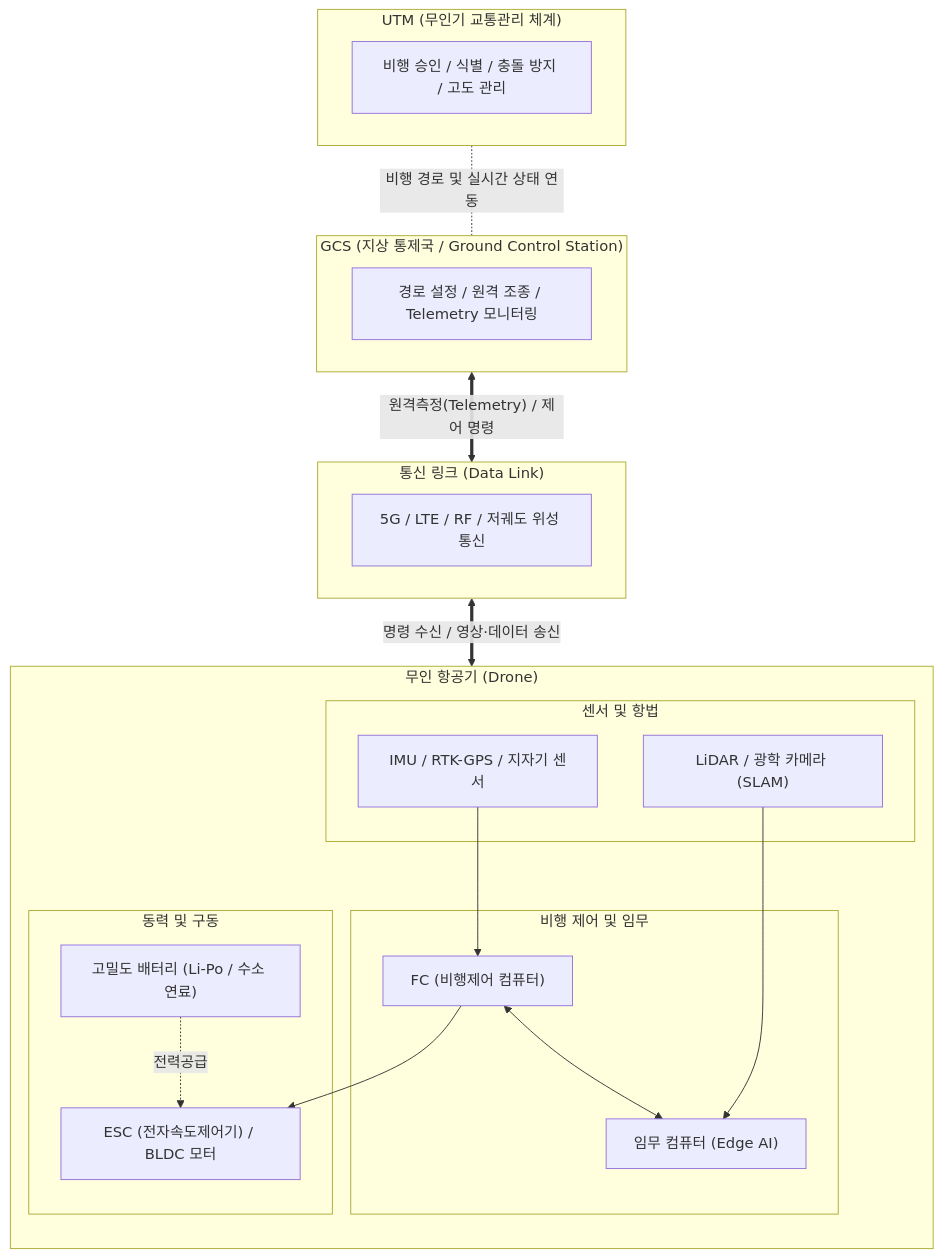
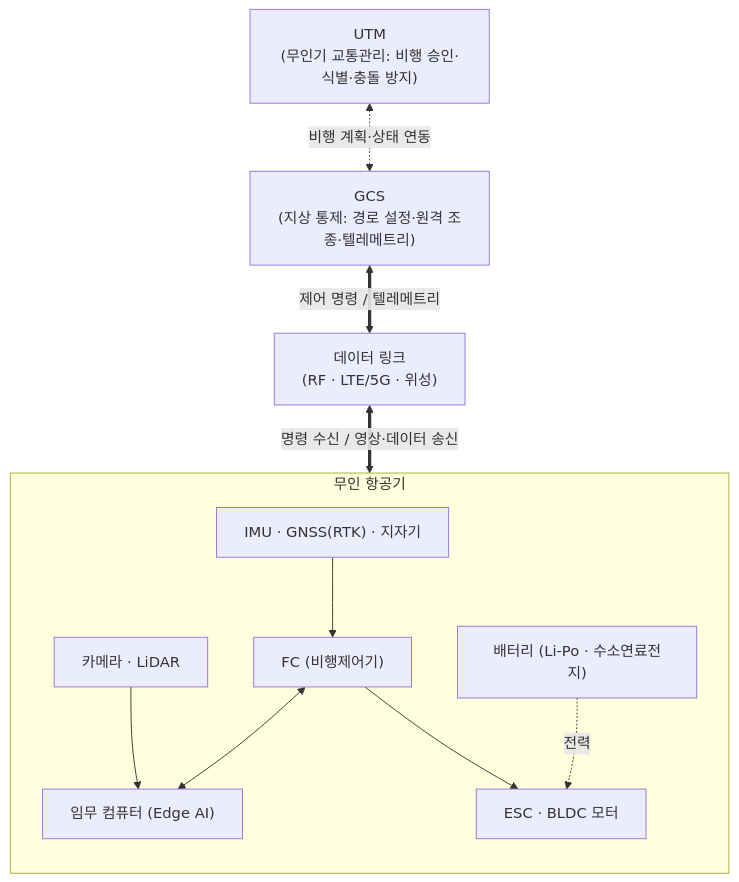
Before and after one commit to supremethumb/supremethumb.github.io: the diagram in content/01_IT Tech/드론.md, drawn with Mermaid. The commit also changed other lines of this file and 1087 other files, not shown here.

````diff
--- a/content/01_IT Tech/드론.md
+++ b/content/01_IT Tech/드론.md
@@ -23,41 +36,19 @@
 ```mermaid
 flowchart TB
-    subgraph UTM["UTM (무인기 교통관리 체계)"]
-        T_Mgmt["비행 승인 / 식별 / 충돌 방지 / 고도 관리"]
+    UTM["UTM<br/>(무인기 교통관리: 비행 승인·식별·충돌 방지)"]
+    GCS["GCS<br/>(지상 통제: 경로 설정·원격 조종·텔레메트리)"]
+    Link["데이터 링크<br/>(RF · LTE/5G · 위성)"]
+
+    subgraph UAV["무인 항공기"]
+        direction TB
+        Sensors["IMU · GNSS(RTK) · 지자기"] --> FC["FC (비행제어기)"]
+        Vision["카메라 · LiDAR"] --> Mission["임무 컴퓨터 (Edge AI)"]
+        FC <--> Mission
+        FC --> Actuator["ESC · BLDC 모터"]
+        Battery["배터리 (Li-Po · 수소연료전지)"] -.->|"전력"| Actuator
     end
-    
-    subgraph GCS["GCS (지상 통제국 / Ground Control Station)"]
-        Control["경로 설정 / 원격 조종 / Telemetry 모니터링"]
-    end
-    
-    subgraph Comm["통신 링크 (Data Link)"]
-        RF["5G / LTE / RF / 저궤도 위성 통신"]
-    end
-    
-    subgraph UAV["무인 항공기 (Drone)"]
-        direction TB
-        subgraph 두뇌["비행 제어 및 임무"]
-            FC["FC (비행제어 컴퓨터)"]
-            Mission["임무 컴퓨터 (Edge AI)"]
-        end
-        subgraph 감각["센서 및 항법"]
-            Sensors["IMU / RTK-GPS / 지자기 센서"]
-            Vision["LiDAR / 광학 카메라 (SLAM)"]
-        end
-        subgraph 구동["동력 및 구동"]
-            Actuator["ESC (전자속도제어기) / BLDC 모터"]
-            Battery["고밀도 배터리 (Li-Po / 수소 연료)"]
-        end
-        
-        Sensors --> FC
-        Vision --> Mission
-        FC <--> Mission
-        FC --> Actuator
-        Battery -.전력공급.-> Actuator
-    end
-    
-    UTM -. "비행 경로 및 실시간 상태 연동" .- GCS
-    GCS <== "원격측정(Telemetry) / 제어 명령" ==> Comm
-    Comm <== "명령 수신 / 영상·데이터 송신" ==> UAV
 
+    UTM <-.->|"비행 계획·상태 연동"| GCS
+    GCS <==>|"제어 명령 / 텔레메트리"| Link
+    Link <==>|"명령 수신 / 영상·데이터 송신"| UAV
 ```
````
